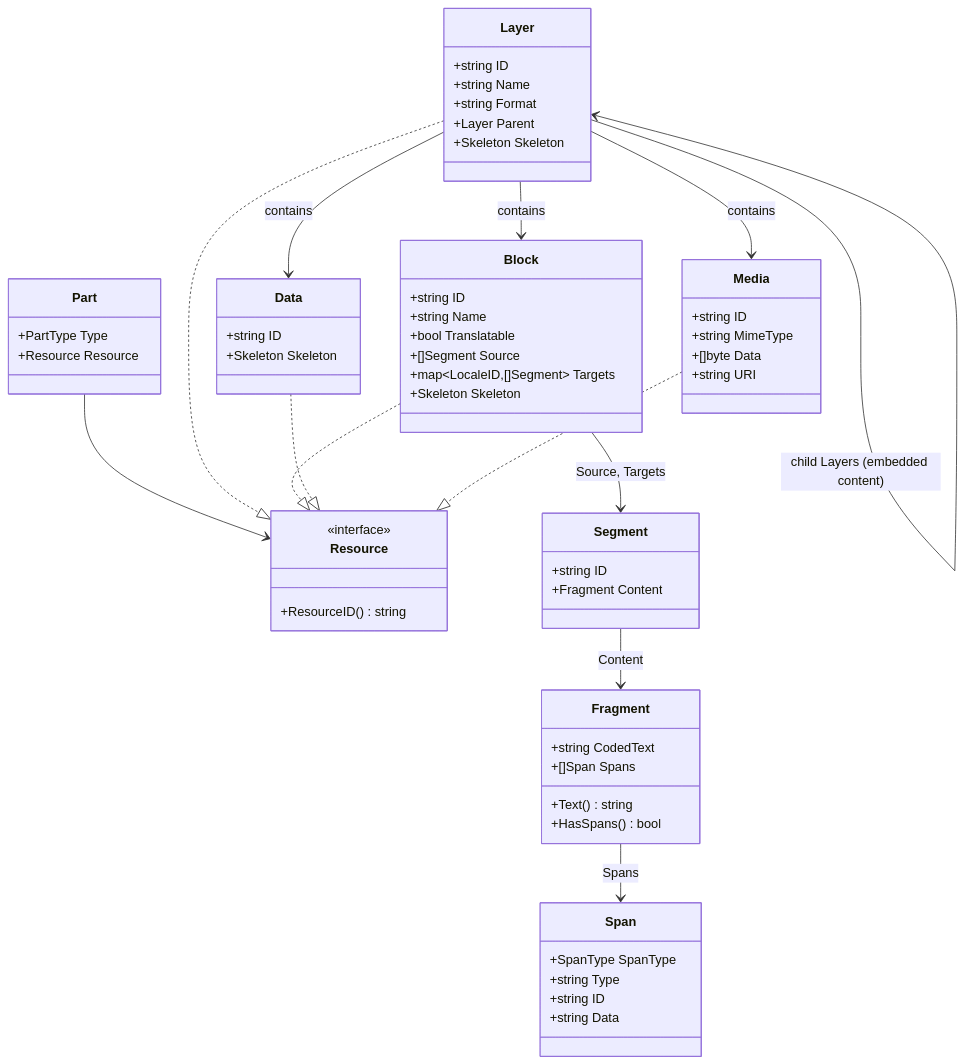
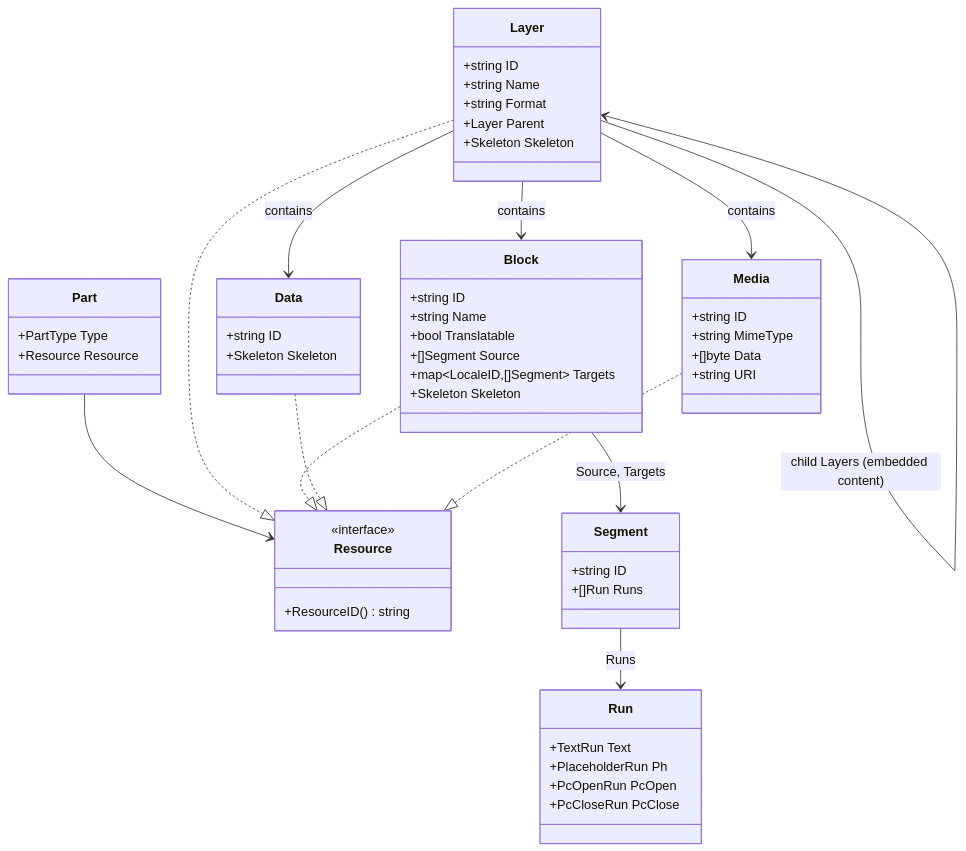
One commit to neokapi/neokapi changed the second of 2 diagrams in docs/internals/ARCHITECTURE.md. Above: the diagram before and after it, drawn with Mermaid. The commit also changed other lines of this file, not shown here.

First line of the commit message:
docs(internals): update ARCHITECTURE.md content model to Runs

````diff
--- a/docs/internals/ARCHITECTURE.md
+++ b/docs/internals/ARCHITECTURE.md
@@ -156,73 +156,65 @@
 ```mermaid
 classDiagram
     class Part {
         +PartType Type
         +Resource Resource
     }
 
     class Resource {
         <<interface>>
         +ResourceID() string
     }
 
     class Layer {
         +string ID
         +string Name
         +string Format
         +Layer Parent
         +Skeleton Skeleton
     }
 
     class Block {
         +string ID
         +string Name
         +bool Translatable
         +[]Segment Source
         +map~LocaleID,[]Segment~ Targets
         +Skeleton Skeleton
     }
 
     class Segment {
         +string ID
-        +Fragment Content
+        +[]Run Runs
     }
 
-    class Fragment {
-        +string CodedText
-        +[]Span Spans
-        +Text() string
-        +HasSpans() bool
-    }
-
-    class Span {
-        +SpanType SpanType
-        +string Type
-        +string ID
-        +string Data
+    class Run {
+        +TextRun Text
+        +PlaceholderRun Ph
+        +PcOpenRun PcOpen
+        +PcCloseRun PcClose
     }
 
     class Data {
         +string ID
         +Skeleton Skeleton
     }
 
     class Media {
         +string ID
         +string MimeType
         +[]byte Data
         +string URI
     }
 
     Part --> Resource
     Layer ..|> Resource
     Block ..|> Resource
     Data ..|> Resource
     Media ..|> Resource
     Layer --> Layer : child Layers (embedded content)
     Layer --> Block : contains
     Layer --> Data : contains
     Layer --> Media : contains
     Block --> Segment : Source, Targets
-    Segment --> Fragment : Content
-    Fragment --> Span : Spans
+    Segment --> Run : Runs
 ```
````
